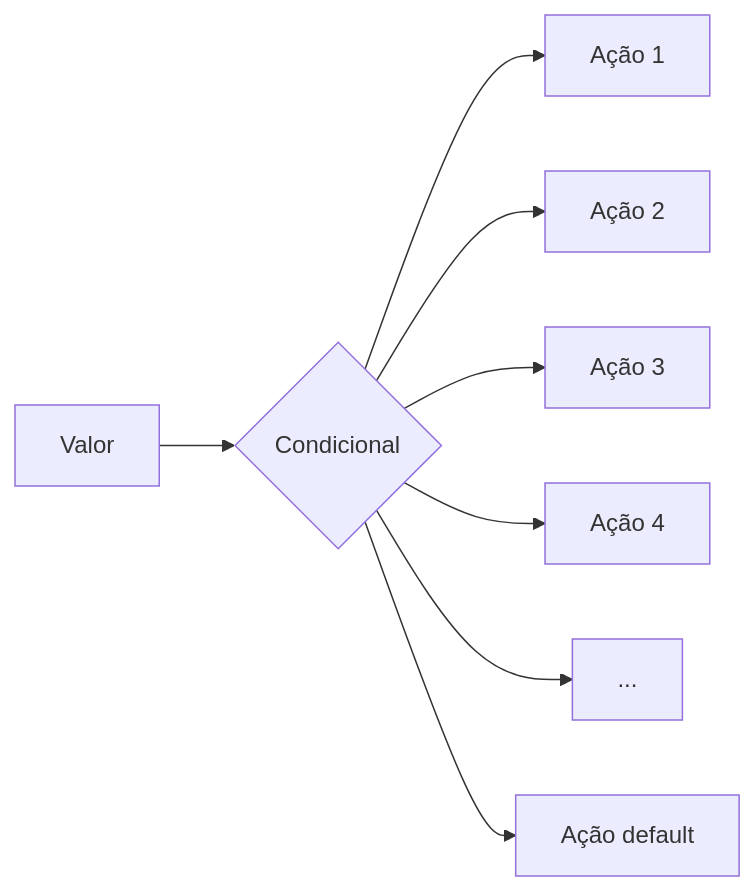
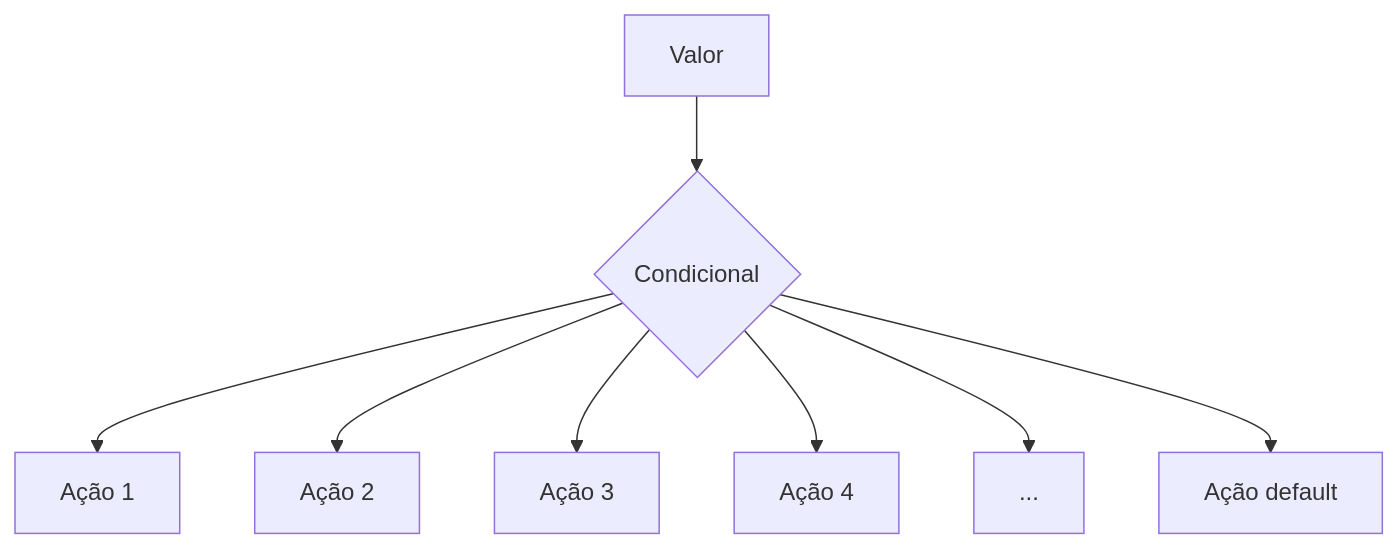
The fifth of 7 diagrams in README.md (DeboraSanton/CursoBackEnd2026), drawn with Mermaid before and after one commit. The commit also changed other lines of this file and 6 other files, not shown here.

````diff
--- a/README.md
+++ b/README.md
@@ -295,12 +313,12 @@
 ```mermaid
 
-graph LR
+graph TD
     A[Valor] --> B{Condicional}
     B --> C[Ação 1]
     B --> D[Ação 2]
     B --> E[Ação 3]
     B --> F[Ação 4]
     B --> G[...]
     B --> H[Ação default]
 
 ```
````
